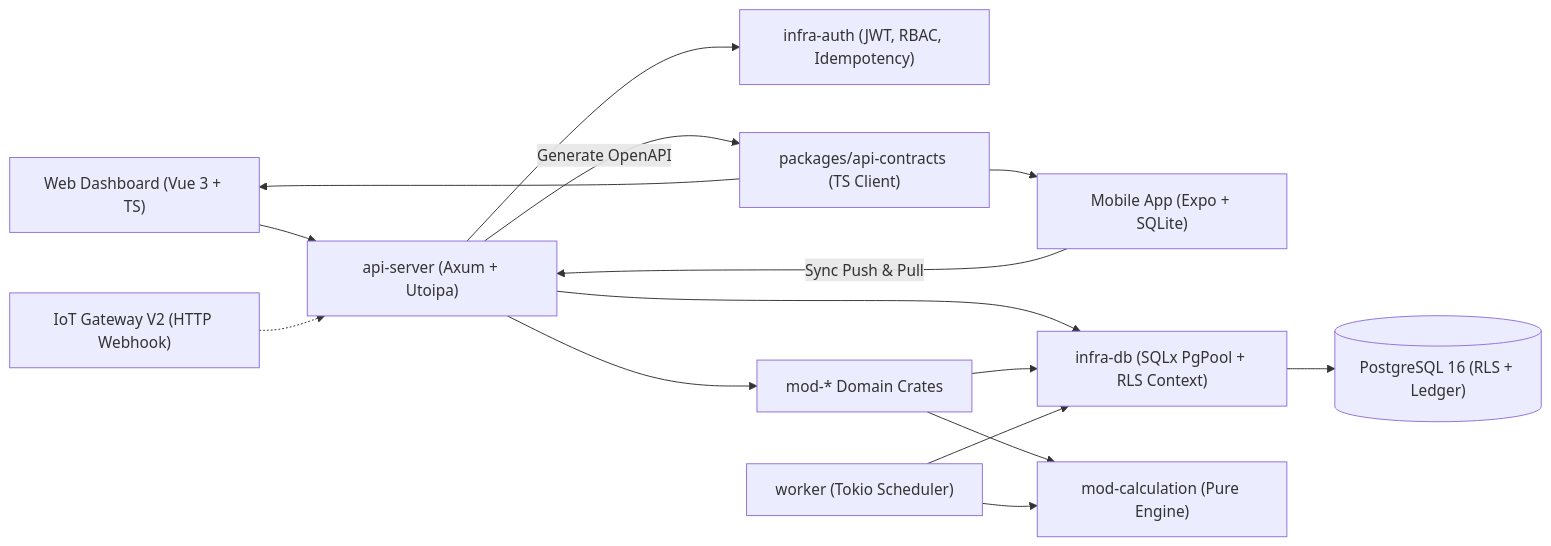
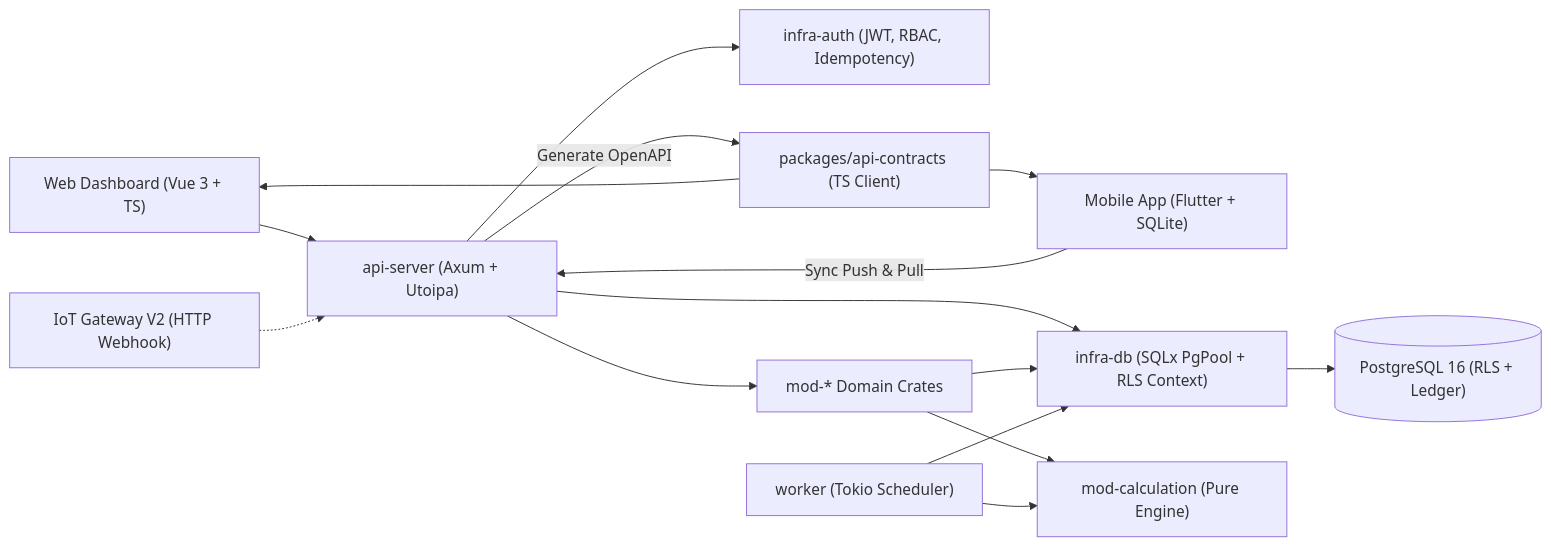
One commit to ilhamdoanggg/TernakMatric changed the diagram in docs/07-SYSTEM-ARCHITECTURE.md. Above: the diagram before and after it, drawn with Mermaid. The commit also changed other lines of this file and 108 other files, not shown here.

First line of the commit message:
feat: migrate mobile scaffold to Flutter, complete agent workflows, and clean cargo warnings

````diff
--- a/docs/07-SYSTEM-ARCHITECTURE.md
+++ b/docs/07-SYSTEM-ARCHITECTURE.md
@@ -11,19 +11,19 @@
 ```mermaid
 flowchart LR
     Web["Web Dashboard (Vue 3 + TS)"] --> API["api-server (Axum + Utoipa)"]
-    Mobile["Mobile App (Expo + SQLite)"] -->|Sync Push & Pull| API
+    Mobile["Mobile App (Flutter + SQLite)"] -->|Sync Push & Pull| API
     IoT["IoT Gateway V2 (HTTP Webhook)"] -.-> API
 
     API --> Auth["infra-auth (JWT, RBAC, Idempotency)"]
     API --> DB["infra-db (SQLx PgPool + RLS Context)"]
     API --> Domain["mod-* Domain Crates"]
     Domain --> Calc["mod-calculation (Pure Engine)"]
     Domain --> DB
     DB --> PG[("PostgreSQL 16 (RLS + Ledger)")]
 
     Worker["worker (Tokio Scheduler)"] --> DB
     Worker --> Calc
     API -->|Generate OpenAPI| Contracts["packages/api-contracts (TS Client)"]
     Contracts --> Web
     Contracts --> Mobile
 ```
````
